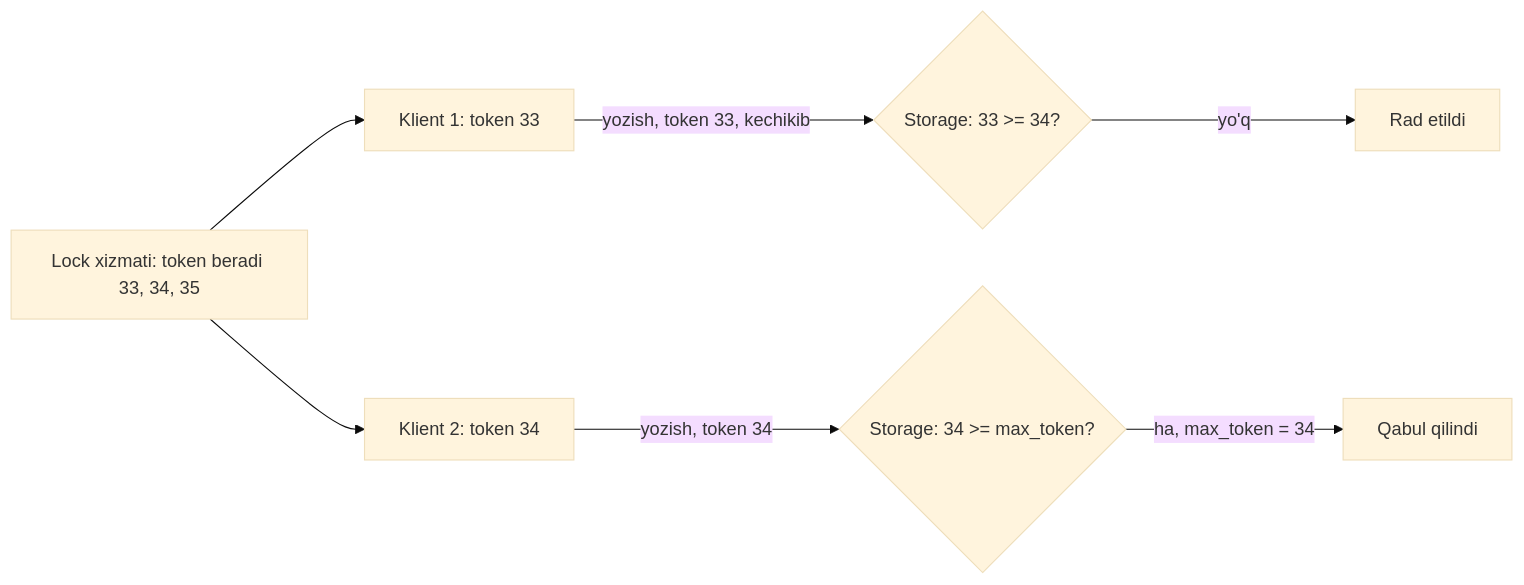
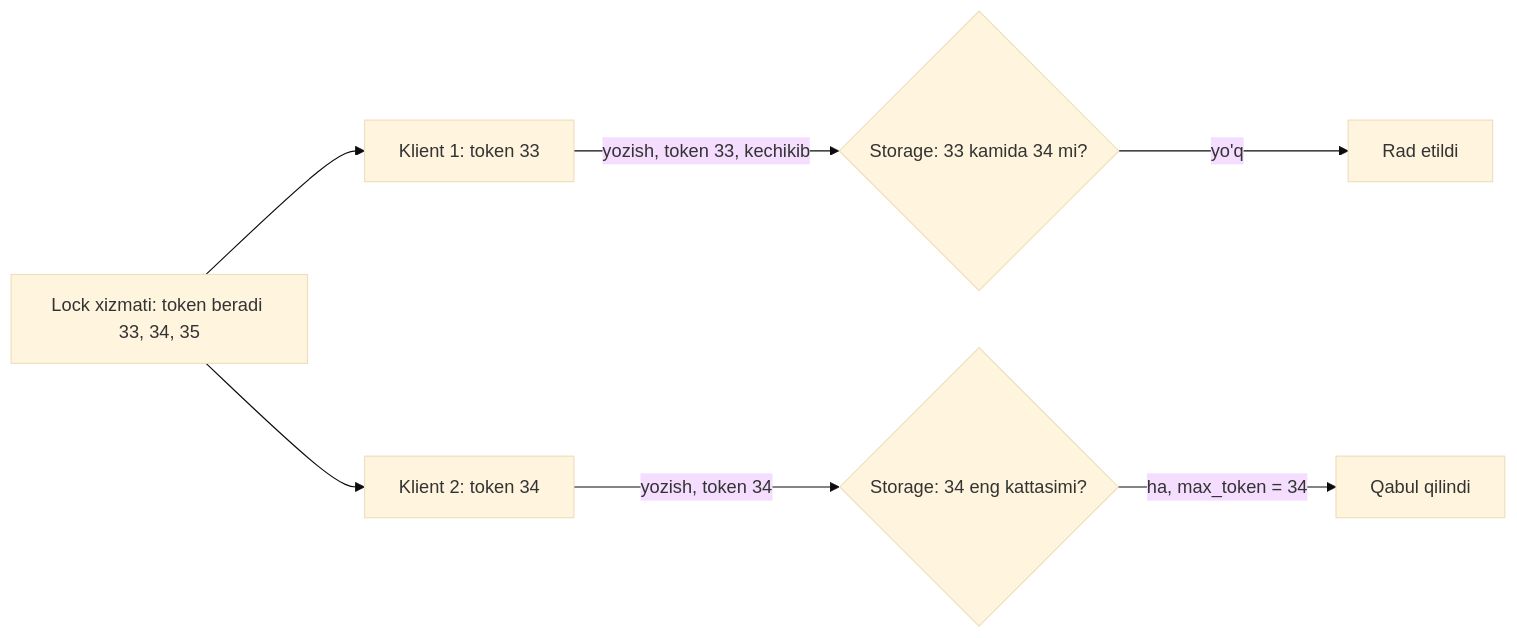
The second of 2 diagrams in content/lessons/038.md (khabibkhanov/systen-design), drawn with Mermaid (base theme) before and after one commit. The commit also changed 4 other files, not shown here.

````diff
--- a/content/lessons/038.md
+++ b/content/lessons/038.md
@@ -97,9 +97,9 @@
 ```mermaid
 flowchart LR
     A["Lock xizmati: token beradi 33, 34, 35"] --> B["Klient 1: token 33"]
     A --> C["Klient 2: token 34"]
-    C -->|"yozish, token 34"| D{"Storage: 34 >= max_token?"}
+    C -->|"yozish, token 34"| D{"Storage: 34 eng kattasimi?"}
     D -->|"ha, max_token = 34"| E["Qabul qilindi"]
-    B -->|"yozish, token 33, kechikib"| F{"Storage: 33 >= 34?"}
+    B -->|"yozish, token 33, kechikib"| F{"Storage: 33 kamida 34 mi?"}
     F -->|"yo'q"| G["Rad etildi"]
 ```
````
